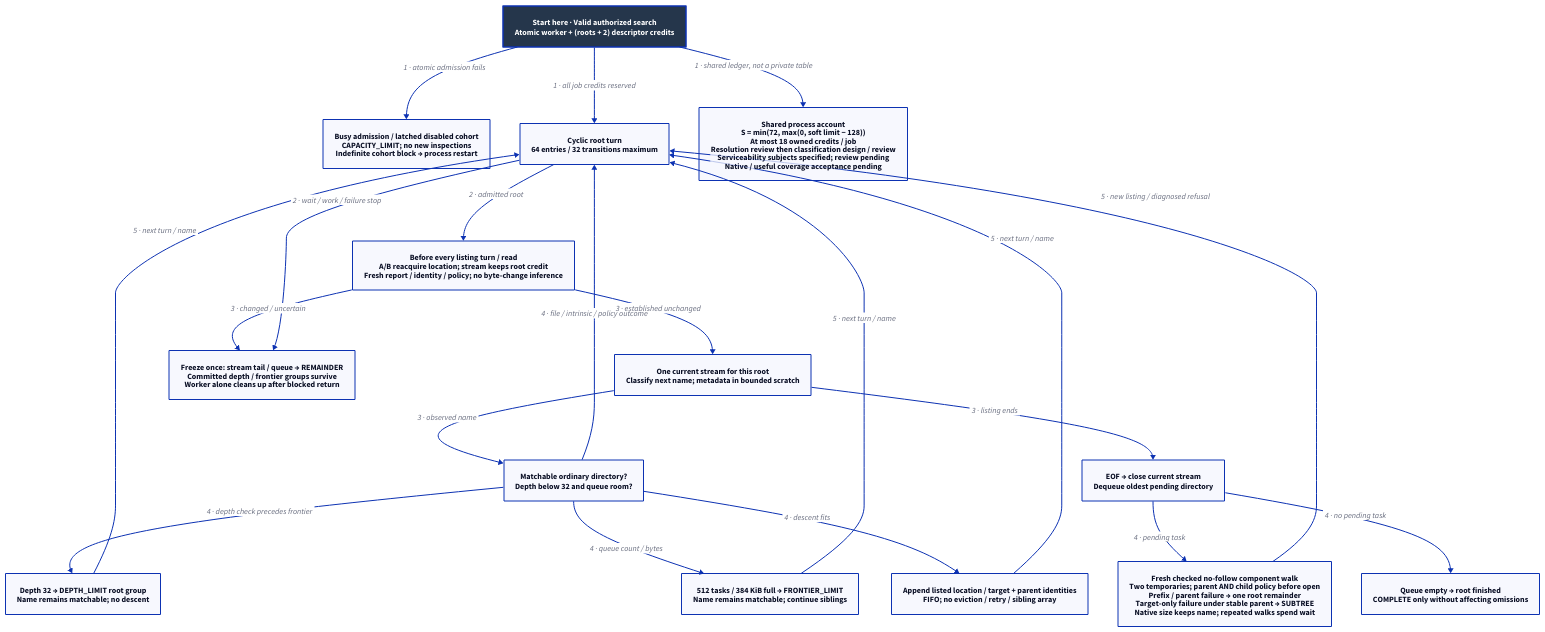
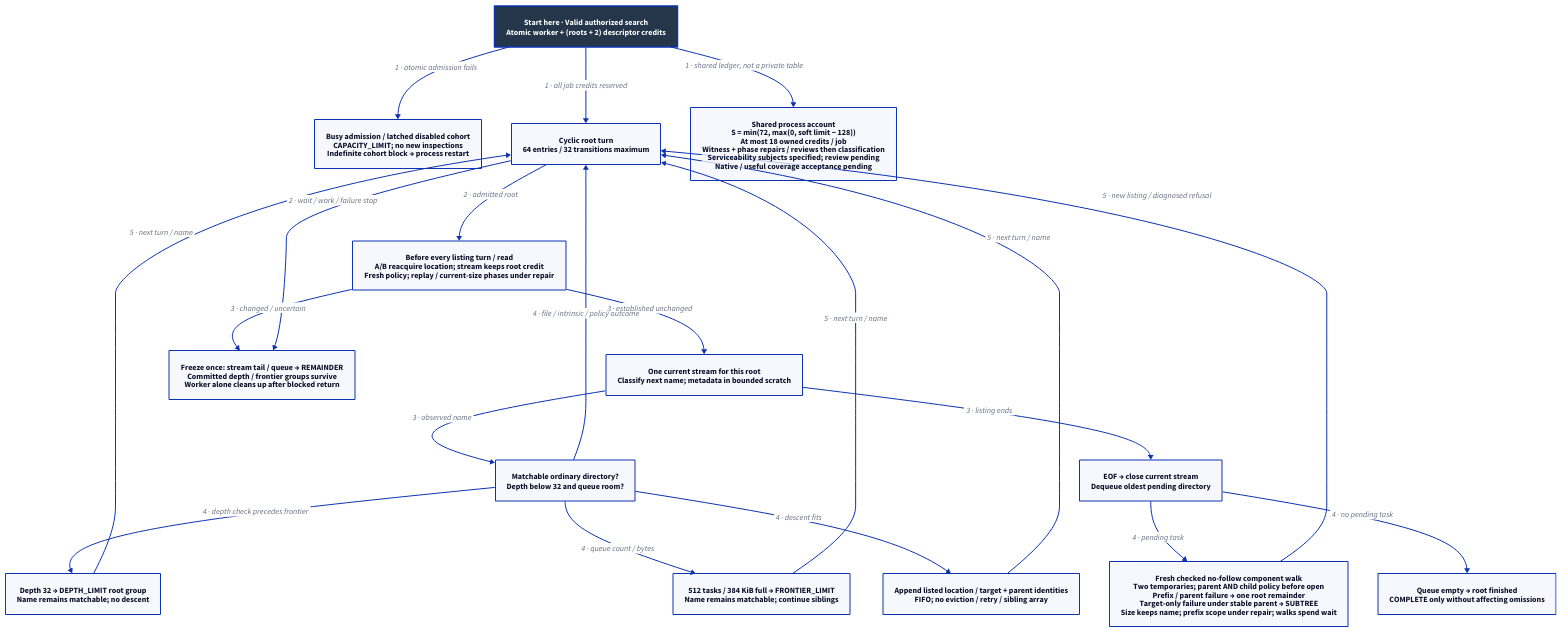
The diagram in docs/design/architecture/search-traversal.d2 (Linkuistics/Koine), drawn with D2 before and after one commit. The commit also changed 36 other files, not shown here.

Commit message:
search-path-resolution-k125: integrate review and route path prerequisites

```diff
--- a/docs/design/architecture/search-traversal.d2
+++ b/docs/design/architecture/search-traversal.d2
@@ -1,38 +1,38 @@
 # Proposed per-root algorithm; process account is shared by every job/instance.
 direction: down
 classes: {
   start: {style: {fill: "#25364B"; font-color: "#FFFFFF"; bold: true; stroke-width: 3}}
 }
 Start: "Start here · Valid authorized search\nAtomic worker + (roots + 2) descriptor credits" {class: start}
 Refuse: "Busy admission / latched disabled cohort\nCAPACITY_LIMIT; no new inspections\nIndefinite cohort block → process restart"
 Cycle: "Cyclic root turn\n64 entries / 32 transitions maximum"
-Check: "Before every listing turn / read\nA/B reacquire location; stream keeps root credit\nFresh report / identity / policy; no byte-change inference"
+Check: "Before every listing turn / read\nA/B reacquire location; stream keeps root credit\nFresh policy; replay / current-size phases under repair"
 Stream: "One current stream for this root\nClassify next name; metadata in bounded scratch"
 Anchor: "Matchable ordinary directory?\nDepth below 32 and queue room?"
 Depth: "Depth 32 → DEPTH_LIMIT root group\nName remains matchable; no descent"
 Frontier: "512 tasks / 384 KiB full → FRONTIER_LIMIT\nName remains matchable; continue siblings"
 Queue: "Append listed location / target + parent identities\nFIFO; no eviction / retry / sibling array"
 EOF: "EOF → close current stream\nDequeue oldest pending directory"
 Done: "Queue empty → root finished\nCOMPLETE only without affecting omissions"
-Walk: "Fresh checked no-follow component walk\nTwo temporaries; parent AND child policy before open\nPrefix / parent failure → one root remainder\nTarget-only failure under stable parent → SUBTREE\nNative size keeps name; repeated walks spend wait"
+Walk: "Fresh checked no-follow component walk\nTwo temporaries; parent AND child policy before open\nPrefix / parent failure → one root remainder\nTarget-only failure under stable parent → SUBTREE\nSize keeps name; prefix scope under repair; walks spend wait"
 Stop: "Freeze once: stream tail / queue → REMAINDER\nCommitted depth / frontier groups survive\nWorker alone cleans up after blocked return"
-Limits: "Shared process account\nS = min(72, max(0, soft limit − 128))\nAt most 18 owned credits / job\nResolution review then classification design / review\nServiceability subjects specified; review pending\nNative / useful coverage acceptance pending"
+Limits: "Shared process account\nS = min(72, max(0, soft limit − 128))\nAt most 18 owned credits / job\nWitness + phase repairs / reviews then classification\nServiceability subjects specified; review pending\nNative / useful coverage acceptance pending"
 Start -> Refuse: "1 · atomic admission fails"
 Start -> Cycle: "1 · all job credits reserved"
 Start -> Limits: "1 · shared ledger, not a private table"
 Cycle -> Check: "2 · admitted root"
 Check -> Stream: "3 · established unchanged"
 Check -> Stop: "3 · changed / uncertain"
 Stream -> Anchor: "3 · observed name"
 Anchor -> Depth: "4 · depth check precedes frontier"
 Anchor -> Frontier: "4 · queue count / bytes"
 Anchor -> Queue: "4 · descent fits"
 Anchor -> Cycle: "4 · file / intrinsic / policy outcome"
 Depth -> Cycle: "5 · next turn / name"
 Frontier -> Cycle: "5 · next turn / name"
 Queue -> Cycle: "5 · next turn / name"
 Stream -> EOF: "3 · listing ends"
 EOF -> Walk: "4 · pending task"
 EOF -> Done: "4 · no pending task"
 Walk -> Cycle: "5 · new listing / diagnosed refusal"
 Cycle -> Stop: "2 · wait / work / failure stop"
```
